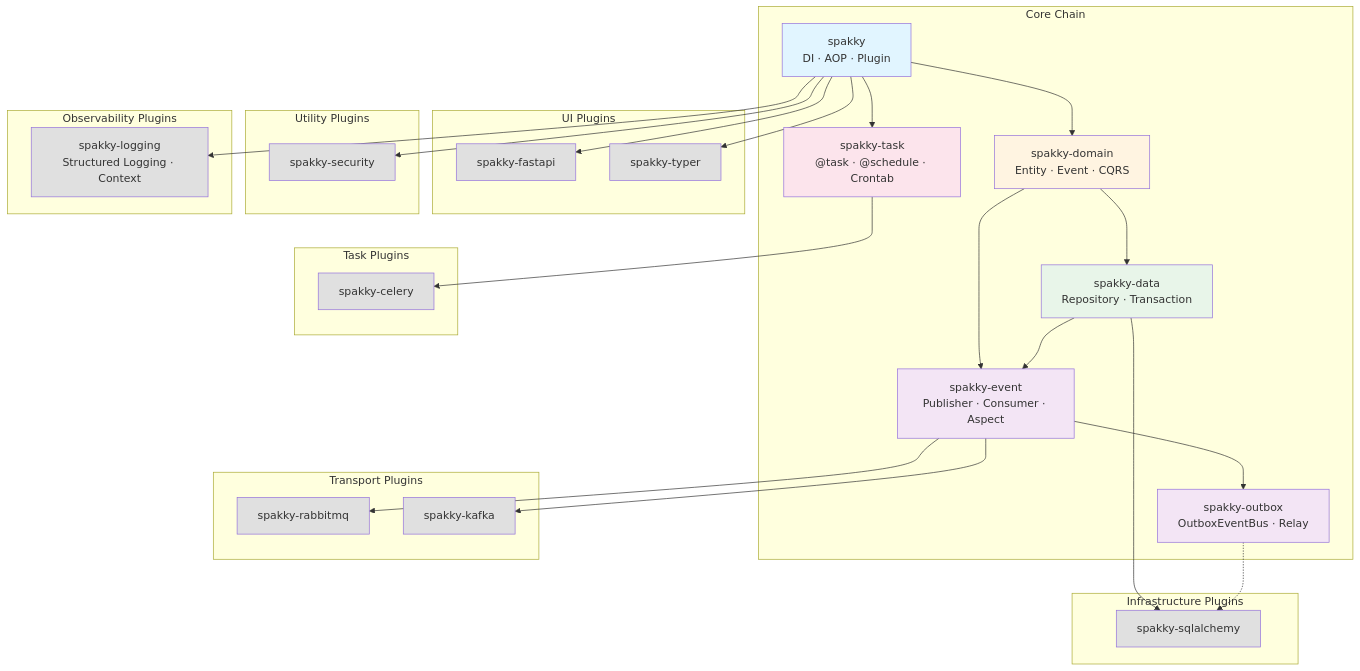
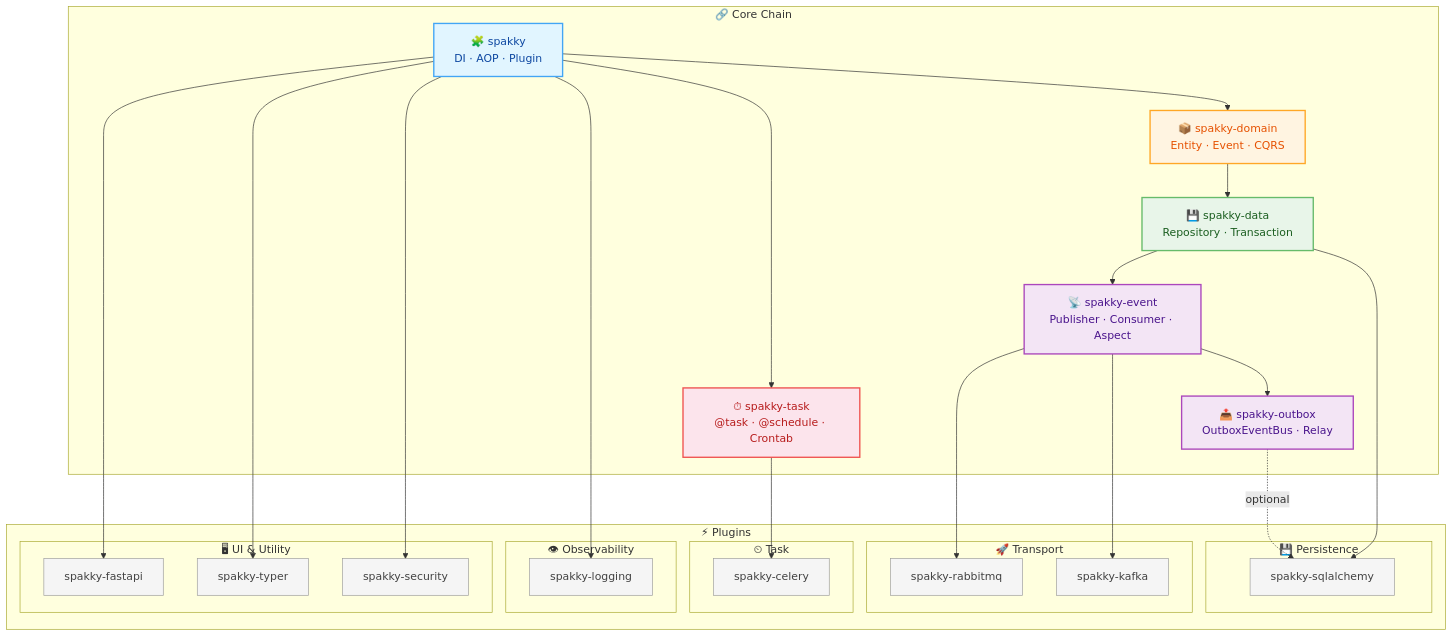
One commit to E5presso/spakky-framework changed the first of 2 diagrams in ARCHITECTURE.md. Above: the diagram before and after it, drawn with Mermaid.

Commit message:
docs: improve dependency graph readability in ARCHITECTURE.md
- Replace flat subgraphs with nested Plugins container
- Add emoji icons to core nodes and subgraph labels
- Enhance node styling with stroke colors and text colors
- Add 'optional' label to outbox→sqlalchemy dotted edge
- Use inline edge declarations for better Mermaid layout
- Rename Infrastructure → Persistence
- Remove redundant description from spakky-logging node

````diff
--- a/ARCHITECTURE.md
+++ b/ARCHITECTURE.md
@@ -50,72 +50,66 @@
 ```mermaid
-graph TB
-    subgraph "Core Chain"
-        core[spakky<br/>DI · AOP · Plugin]
-        domain[spakky-domain<br/>Entity · Event · CQRS]
-        data[spakky-data<br/>Repository · Transaction]
-        event[spakky-event<br/>Publisher · Consumer · Aspect]
-        outbox[spakky-outbox<br/>OutboxEventBus · Relay]
-        task_pkg["spakky-task<br/>@task · @schedule · Crontab"]
+graph TD
+    subgraph core_chain ["🔗 Core Chain"]
+        core[🧩 spakky<br/>DI · AOP · Plugin]
+
+        core --> domain[📦 spakky-domain<br/>Entity · Event · CQRS]
+        core --> task_pkg["⏱ spakky-task<br/>@task · @schedule · Crontab"]
+
+        domain --> data[💾 spakky-data<br/>Repository · Transaction]
+        data --> event[📡 spakky-event<br/>Publisher · Consumer · Aspect]
+        event --> outbox[📤 spakky-outbox<br/>OutboxEventBus · Relay]
     end
 
-    subgraph "UI Plugins"
-        fastapi[spakky-fastapi]
-        typer[spakky-typer]
+    subgraph plugins ["⚡ Plugins"]
+        subgraph persistence ["💾 Persistence"]
+            sqlalchemy[spakky-sqlalchemy]
+        end
+
+        subgraph transport ["🚀 Transport"]
+            rabbitmq[spakky-rabbitmq]
+            kafka[spakky-kafka]
+        end
+
+        subgraph task_plugins ["⏲ Task"]
+            celery_plugin[spakky-celery]
+        end
+
+        subgraph observability ["👁 Observability"]
+            logging_pkg[spakky-logging]
+        end
+
+        subgraph ui ["🖥 UI & Utility"]
+            fastapi[spakky-fastapi]
+            typer[spakky-typer]
+            security[spakky-security]
+        end
     end
 
-    subgraph "Utility Plugins"
-        security[spakky-security]
-    end
-
-    subgraph "Transport Plugins"
-        rabbitmq[spakky-rabbitmq]
-        kafka[spakky-kafka]
-    end
-
-    subgraph "Infrastructure Plugins"
-        sqlalchemy[spakky-sqlalchemy]
-    end
-
-    subgraph "Task Plugins"
-        celery_plugin[spakky-celery]
-    end
-
-    subgraph "Observability Plugins"
-        logging_pkg[spakky-logging<br/>Structured Logging · Context]
-    end
-
+    data --> sqlalchemy
+    outbox -.->|optional| sqlalchemy
+    event --> rabbitmq
+    event --> kafka
+    task_pkg --> celery_plugin
     core --> logging_pkg
-    core --> domain
-    domain --> data
-    domain --> event
-    data --> event
-    event --> outbox
-    core --> task_pkg
-
     core --> fastapi
     core --> typer
     core --> security
 
-    event --> rabbitmq
-    event --> kafka
+    %% Styling — Core
+    style core fill:#e1f5ff,stroke:#42a5f5,stroke-width:2px,color:#0d47a1
+    style domain fill:#fff4e1,stroke:#ffa726,stroke-width:2px,color:#e65100
+    style data fill:#e8f5e9,stroke:#66bb6a,stroke-width:2px,color:#1b5e20
+    style event fill:#f3e5f5,stroke:#ab47bc,stroke-width:2px,color:#4a148c
+    style outbox fill:#f3e5f5,stroke:#ab47bc,stroke-width:2px,color:#4a148c
+    style task_pkg fill:#fce4ec,stroke:#ef5350,stroke-width:2px,color:#b71c1c
 
-    task_pkg --> celery_plugin
-
-    data --> sqlalchemy
-    outbox -.-> sqlalchemy
-
-    style core fill:#e1f5ff
-    style logging_pkg fill:#e0e0e0
-    style domain fill:#fff4e1
-    style data fill:#e8f5e9
-    style event fill:#f3e5f5
-    style outbox fill:#f3e5f5
-    style task_pkg fill:#fce4ec
-    style fastapi fill:#e0e0e0
-    style typer fill:#e0e0e0
-    style security fill:#e0e0e0
-    style rabbitmq fill:#e0e0e0
-    style kafka fill:#e0e0e0
-    style sqlalchemy fill:#e0e0e0
-    style celery_plugin fill:#e0e0e0
+    %% Styling — Plugins
+    style sqlalchemy fill:#f5f5f5,stroke:#9e9e9e,color:#424242
+    style rabbitmq fill:#f5f5f5,stroke:#9e9e9e,color:#424242
+    style kafka fill:#f5f5f5,stroke:#9e9e9e,color:#424242
+    style celery_plugin fill:#f5f5f5,stroke:#9e9e9e,color:#424242
+    style logging_pkg fill:#f5f5f5,stroke:#9e9e9e,color:#424242
+    style fastapi fill:#f5f5f5,stroke:#9e9e9e,color:#424242
+    style typer fill:#f5f5f5,stroke:#9e9e9e,color:#424242
+    style security fill:#f5f5f5,stroke:#9e9e9e,color:#424242
 ```
````
